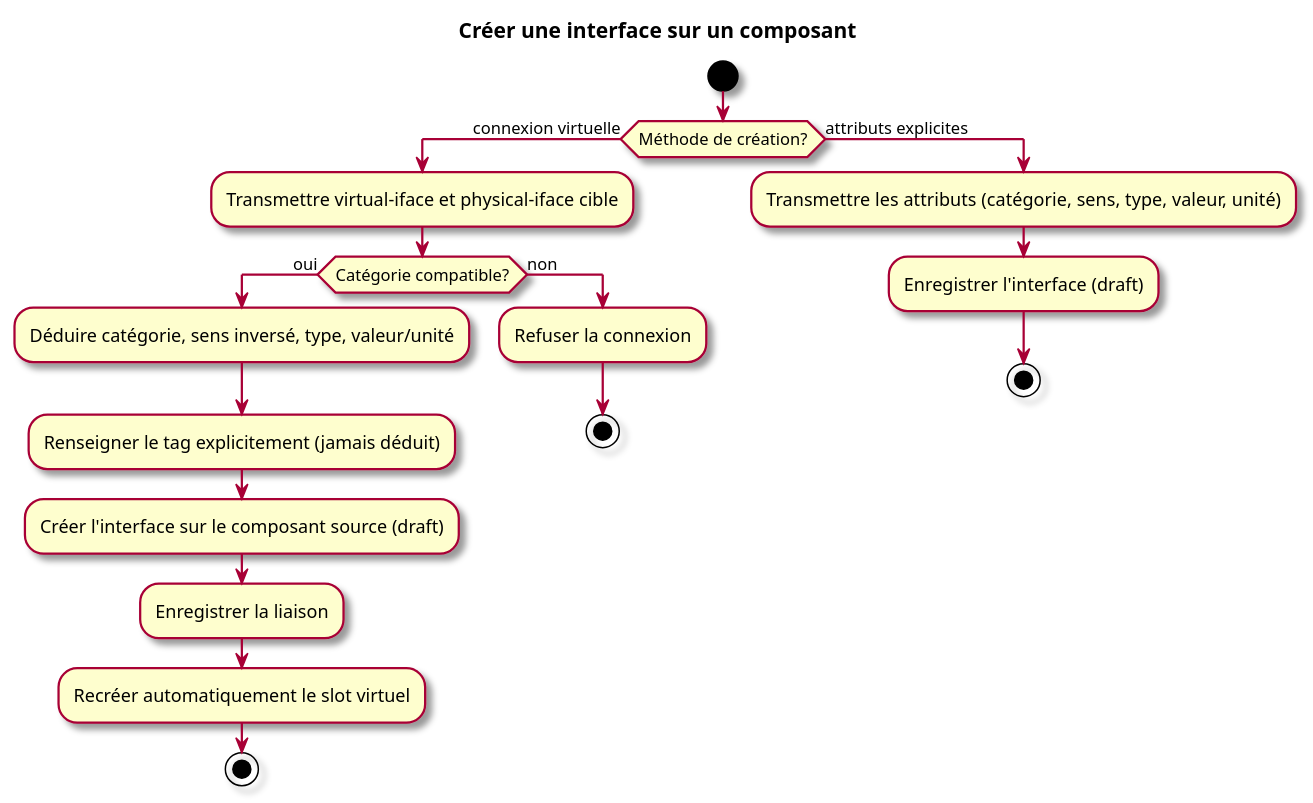
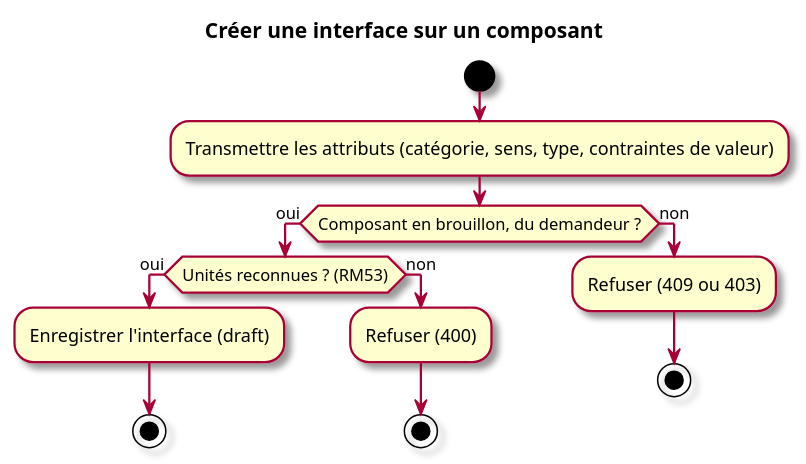
Before and after one commit to myr-forge/myr-core: the second of 2 diagrams in specs/1-Expression/UCAM-Assemblage_Module/UCAM03.md, drawn with PlantUML. The commit also changed other lines of this file and 49 other files, not shown here.

````diff
--- a/specs/1-Expression/UCAM-Assemblage_Module/UCAM03.md
+++ b/specs/1-Expression/UCAM-Assemblage_Module/UCAM03.md
@@ -102,25 +80,20 @@
 ```plantuml
 @startuml
 skin rose
 title Créer une interface sur un composant
 start
-if (Méthode de création?) then (connexion virtuelle)
-  :Transmettre virtual-iface et physical-iface cible;
-  if (Catégorie compatible?) then (oui)
-    :Déduire catégorie, sens inversé, type, valeur/unité;
-    :Renseigner le tag explicitement (jamais déduit);
-    :Créer l'interface sur le composant source (draft);
-    :Enregistrer la liaison;
-    :Recréer automatiquement le slot virtuel;
+:Transmettre les attributs (catégorie, sens, type, contraintes de valeur);
+if (Composant en brouillon, du demandeur ?) then (oui)
+  if (Unités reconnues ? (RM53)) then (oui)
+    :Enregistrer l'interface (draft);
     stop
   else (non)
-    :Refuser la connexion;
+    :Refuser (400);
     stop
   endif
-else (attributs explicites)
-  :Transmettre les attributs (catégorie, sens, type, valeur, unité);
-  :Enregistrer l'interface (draft);
+else (non)
+  :Refuser (409 ou 403);
   stop
 endif
 @enduml
 ```
````
